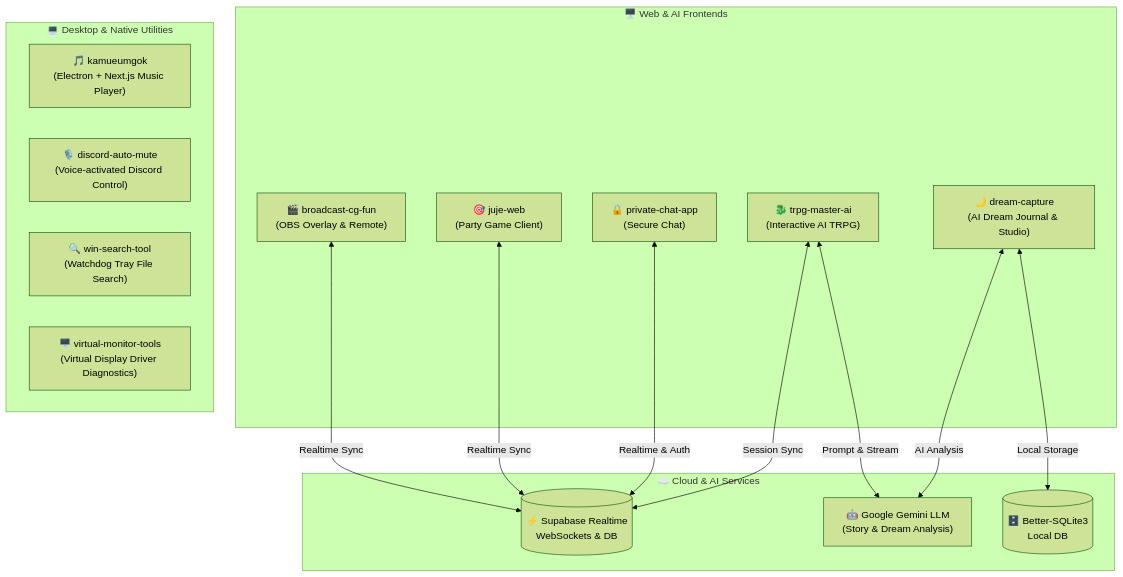
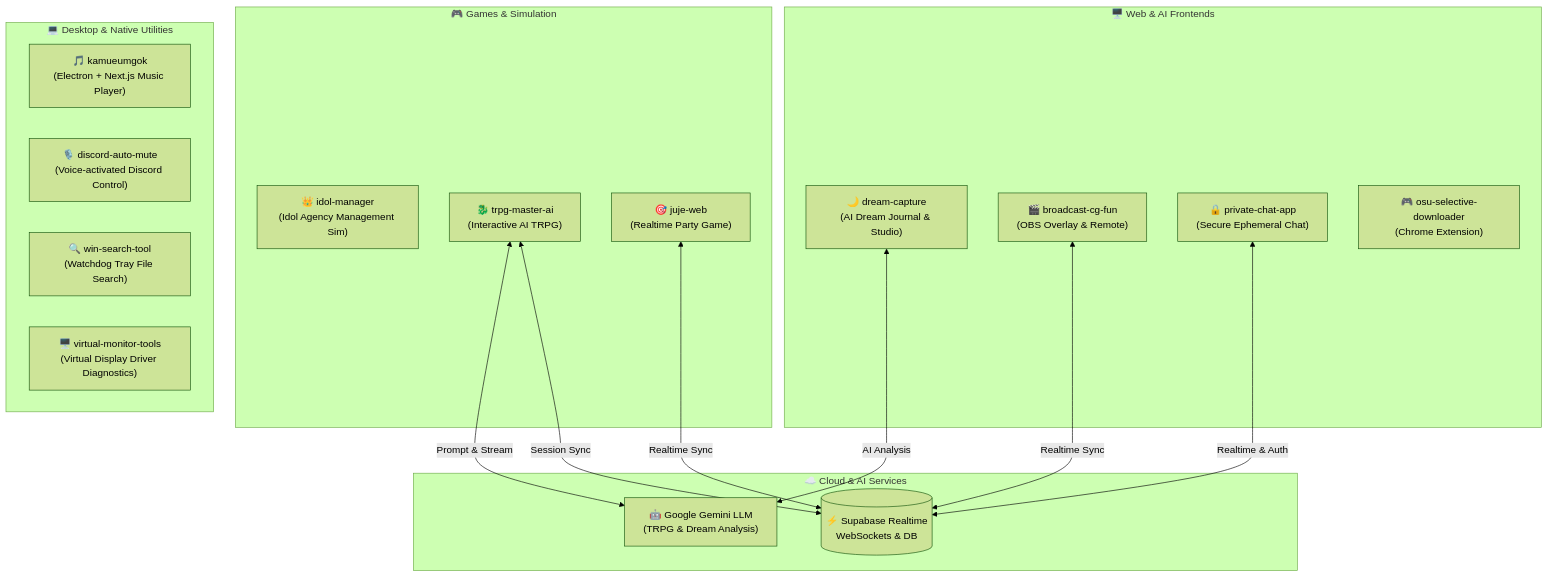
The diagram in README.md (jscsarik/jsc_projects), drawn with Mermaid (forest theme) before and after one commit. The commit also changed other lines of this file and 1070 other files, not shown here.

Commit message:
feat: add idol-manager and osu-selective-downloader to monorepo

````diff
--- a/README.md
+++ b/README.md
@@ -19,31 +20,34 @@
 ```mermaid
 flowchart TD
-    subgraph Client ["🖥️ Web & AI Frontends"]
-        BCG["🎬 broadcast-cg-fun<br/>(OBS Overlay & Remote)"]
-        JUJE["🎯 juje-web<br/>(Party Game Client)"]
-        CHAT["🔒 private-chat-app<br/>(Secure Chat)"]
+    subgraph GamesAndSim ["🎮 Games & Simulation"]
+        IDOL["👑 idol-manager<br/>(Idol Agency Management Sim)"]
         TRPG["🐉 trpg-master-ai<br/>(Interactive AI TRPG)"]
-        DREAM["🌙 dream-capture<br/>(AI Dream Journal & Studio)"]
+        JUJE["🎯 juje-web<br/>(Realtime Party Game)"]
     end
 
-    subgraph BackendServices ["☁️ Cloud & AI Services"]
-        SUPA[("⚡ Supabase Realtime<br/>WebSockets & DB")]
-        GEMINI["🤖 Google Gemini LLM<br/>(Story & Dream Analysis)"]
-        SQLITE[("🗄️ Better-SQLite3<br/>Local DB")]
+    subgraph WebAndAI ["🖥️ Web & AI Frontends"]
+        DREAM["🌙 dream-capture<br/>(AI Dream Journal & Studio)"]
+        BCG["🎬 broadcast-cg-fun<br/>(OBS Overlay & Remote)"]
+        CHAT["🔒 private-chat-app<br/>(Secure Ephemeral Chat)"]
+        OSU["🎮 osu-selective-downloader<br/>(Chrome Extension)"]
     end
 
-    subgraph DesktopTools ["💻 Desktop & Native Utilities"]
+    subgraph NativeDesktop ["💻 Desktop & Native Utilities"]
         KAMU["🎵 kamueumgok<br/>(Electron + Next.js Music Player)"]
         DISCORD["🎙️ discord-auto-mute<br/>(Voice-activated Discord Control)"]
         SEARCH["🔍 win-search-tool<br/>(Watchdog Tray File Search)"]
         VMON["🖥️ virtual-monitor-tools<br/>(Virtual Display Driver Diagnostics)"]
     end
 
+    subgraph BackendCloud ["☁️ Cloud & AI Services"]
+        GEMINI["🤖 Google Gemini LLM<br/>(TRPG & Dream Analysis)"]
+        SUPA[("⚡ Supabase Realtime<br/>WebSockets & DB")]
+    end
+
+    TRPG <-->|Prompt & Stream| GEMINI
+    DREAM <-->|AI Analysis| GEMINI
+    TRPG <-->|Session Sync| SUPA
     BCG <-->|Realtime Sync| SUPA
     JUJE <-->|Realtime Sync| SUPA
     CHAT <-->|Realtime & Auth| SUPA
-    TRPG <-->|Prompt & Stream| GEMINI
-    TRPG <-->|Session Sync| SUPA
-    DREAM <-->|AI Analysis| GEMINI
-    DREAM <-->|Local Storage| SQLITE
 ```
````
